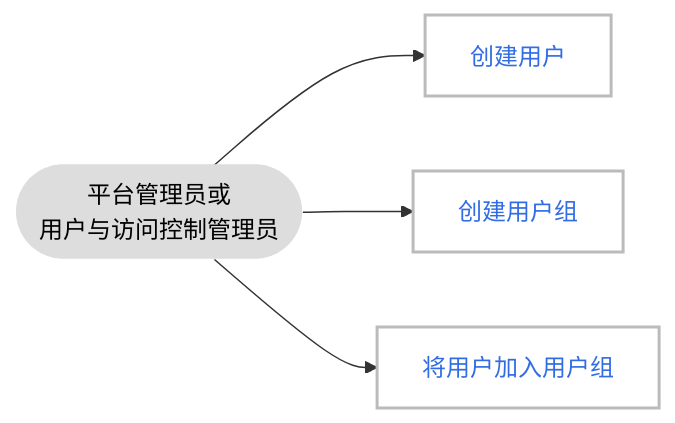
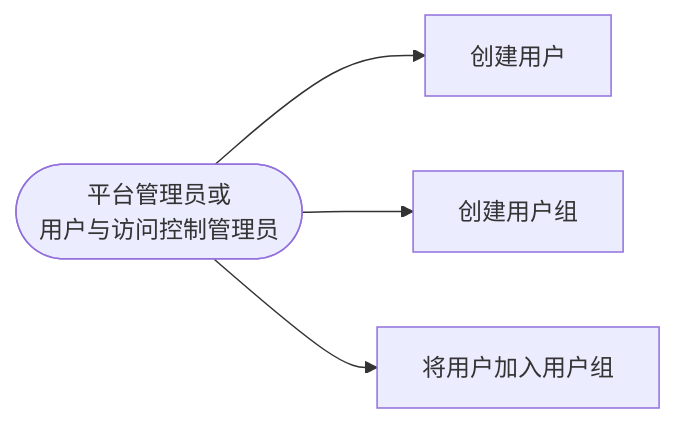
The second of 3 diagrams in docs/zh/docs/ghippo/intro/features.md (DaoCloud/DaoCloud-docs), drawn with Mermaid before and after one commit. The commit also changed other lines of this file and 40 other files, not shown here.

Commit message:
remove classdef and class from mermaid blocks globally (#7555)

````diff
--- a/docs/zh/docs/ghippo/intro/features.md
+++ b/docs/zh/docs/ghippo/intro/features.md
@@ -39,19 +32,12 @@
     ```mermaid
     graph LR
 
         admin([平台管理员或<br>用户与访问控制管理员])
         admin --> user[创建用户]
         admin --> group[创建用户组]
         admin --> add[将用户加入用户组]
         
     click user "https://docs.daocloud.io/ghippo/user-guide/access-control/user/"
     click group "https://docs.daocloud.io/ghippo/user-guide/access-control/group/"
     click add "https://docs.daocloud.io/ghippo/user-guide/access-control/group/#_5"
-
-    classDef plain fill:#ddd,stroke:#fff,stroke-width:0px,color:#000;
-    classDef k8s fill:#326ce5,stroke:#fff,stroke-width:0px,color:#fff;
-    classDef cluster fill:#fff,stroke:#bbb,stroke-width:2px,color:#326ce5;
-
-    class admin plain;
-    class user,group,add cluster
     ```
````
